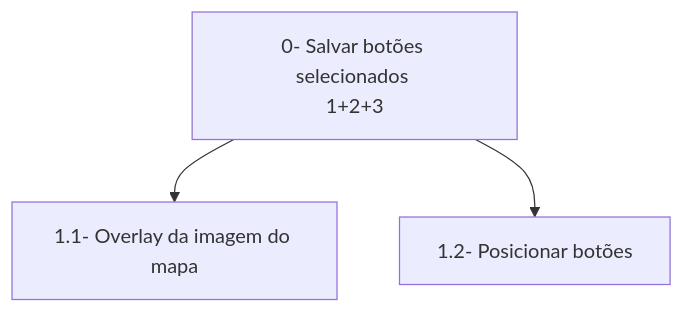
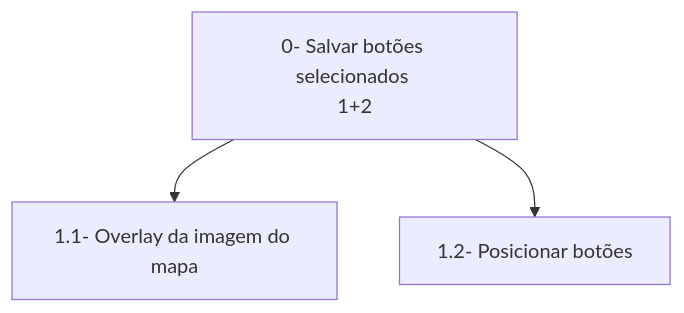
The first of 2 diagrams in Arquivos/Documentos/5_analise_tarefas.md (mdarce765/ProjetoIHC), drawn with Mermaid before and after one commit.

````diff
--- a/Arquivos/Documentos/5_analise_tarefas.md
+++ b/Arquivos/Documentos/5_analise_tarefas.md
@@ -14,10 +14,10 @@
 ```mermaid
 graph TD;
 
-    id1[0- Salvar botões selecionados <br>1+2+3]
+    id1[0- Salvar botões selecionados <br>1+2]
     id2[1.1- Overlay da imagem do mapa]
     id3[1.2- Posicionar botões]
     
     id1-->id2;
     id1-->id3;
 ```
````
